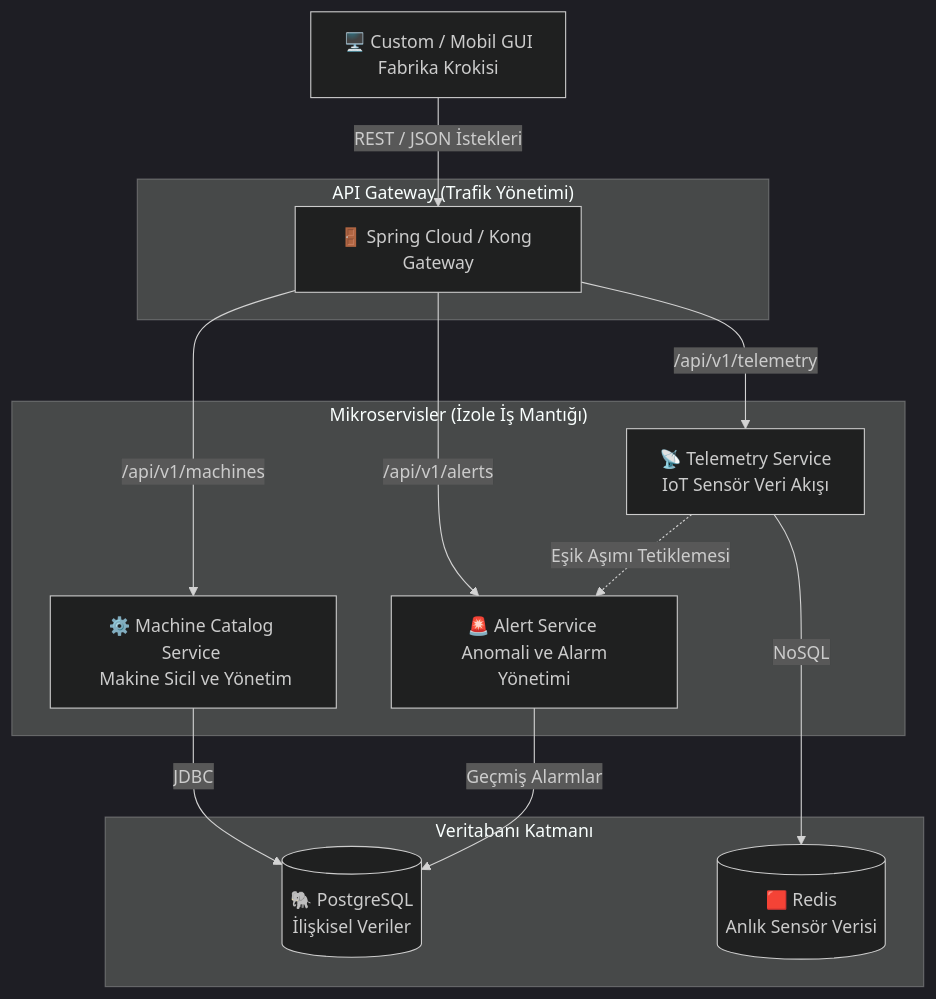
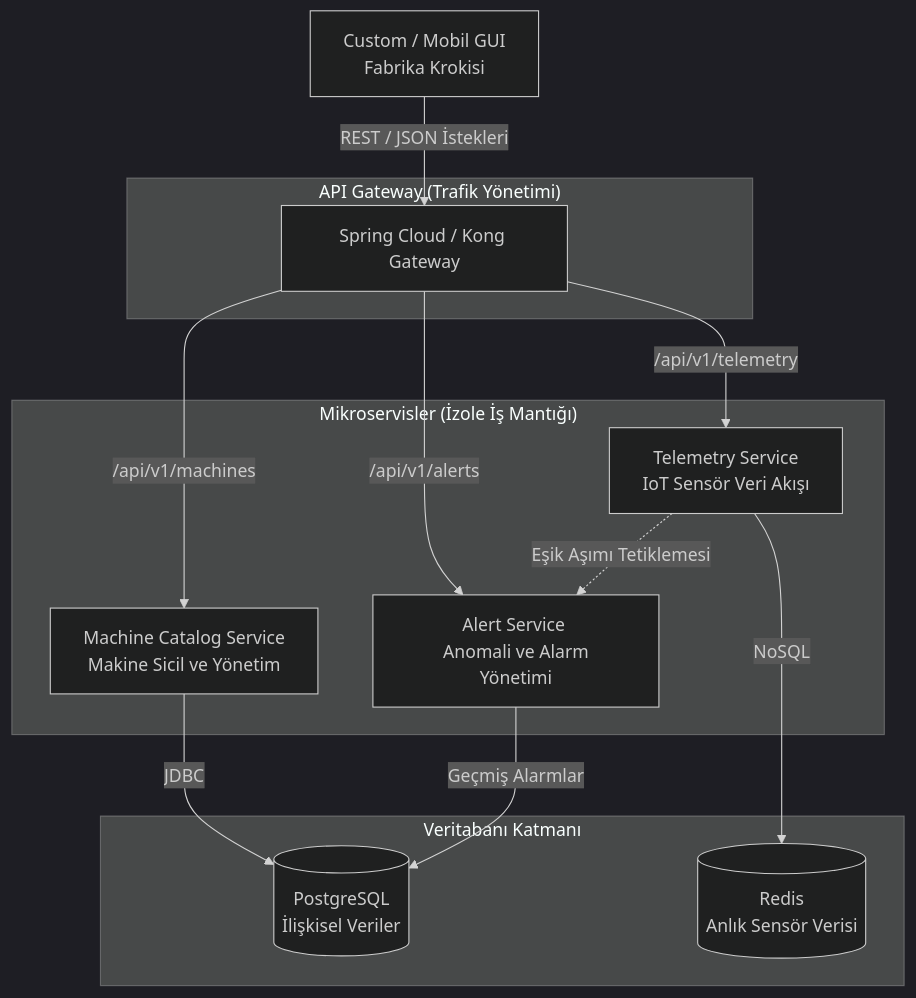
One commit to hktnv/smart-factory-iot-simulation changed the diagram in README.md. Above: the diagram before and after it, drawn with Mermaid (dark theme). The commit also changed other lines of this file, not shown here.

````diff
--- a/README.md
+++ b/README.md
@@ -17,34 +17,34 @@
 ```mermaid
 graph TD
     %% İstemci Katmanı
-    UI[🖥️ Custom / Mobil GUI <br> Fabrika Krokisi] -->|REST / JSON İstekleri| AG
+    UI[ Custom / Mobil GUI <br> Fabrika Krokisi] -->|REST / JSON İstekleri| AG
 
     %% Gateway Katmanı
     subgraph "API Gateway (Trafik Yönetimi)"
-        AG[🚪 Spring Cloud / Kong Gateway]
+        AG[ Spring Cloud / Kong Gateway]
     end
 
     %% Servis Katmanı
     subgraph "Mikroservisler (İzole İş Mantığı)"
-        MCS[⚙️ Machine Catalog Service <br> Makine Sicil ve Yönetim]
-        TS[📡 Telemetry Service <br> IoT Sensör Veri Akışı]
-        AS[🚨 Alert Service <br> Anomali ve Alarm Yönetimi]
+        MCS[ Machine Catalog Service <br> Makine Sicil ve Yönetim]
+        TS[ Telemetry Service <br> IoT Sensör Veri Akışı]
+        AS[ Alert Service <br> Anomali ve Alarm Yönetimi]
     end
 
     %% Yönlendirmeler
     AG -->|/api/v1/machines| MCS
     AG -->|/api/v1/telemetry| TS
     AG -->|/api/v1/alerts| AS
 
     %% Veri Katmanı
     subgraph "Veritabanı Katmanı"
-        PG[(🐘 PostgreSQL <br> İlişkisel Veriler)]
-        RD[(🟥 Redis <br> Anlık Sensör Verisi)]
+        PG[( PostgreSQL <br> İlişkisel Veriler)]
+        RD[( Redis <br> Anlık Sensör Verisi)]
     end
 
     %% Veri Bağlantıları
     MCS -->|JDBC| PG
     TS -->|NoSQL| RD
     TS -.->|Eşik Aşımı Tetiklemesi| AS
     AS -->|Geçmiş Alarmlar| PG
 ```
````
